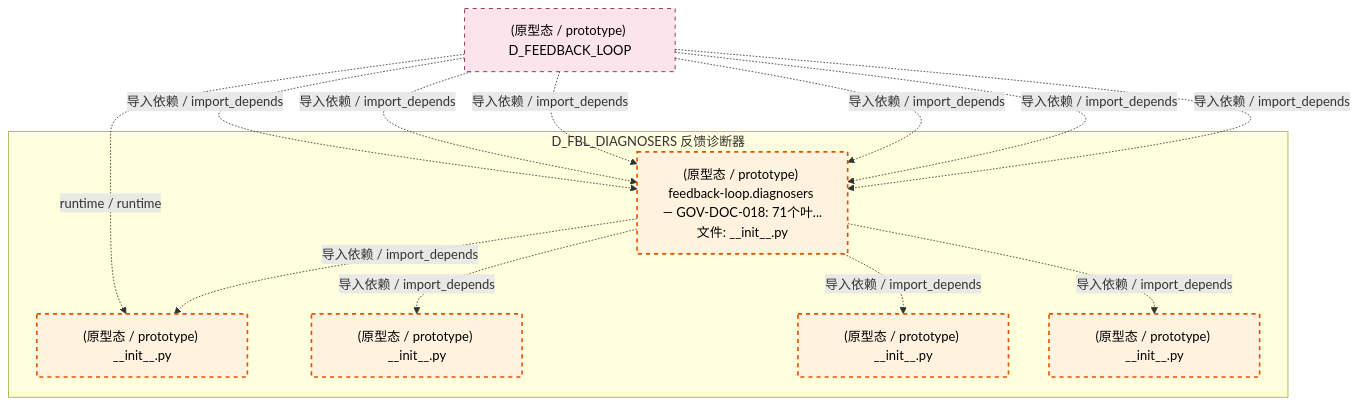
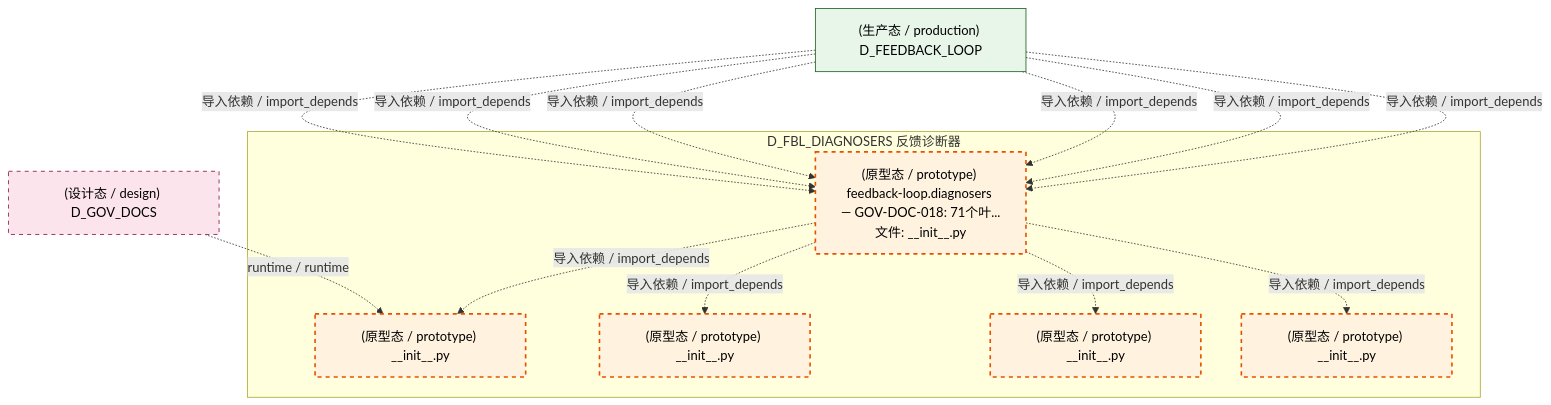
One commit to xuanFelixVan/ZephyrAlpha changed the fifth of 6 diagrams in docs/02_enterprise_architecture/02_domain_architecture_docs/12_d_fbl_diagnosers.md. Above: the diagram before and after it, drawn with Mermaid. The commit also changed other lines of this file and 100 other files, not shown here.

````diff
--- a/docs/02_enterprise_architecture/02_domain_architecture_docs/12_d_fbl_diagnosers.md
+++ b/docs/02_enterprise_architecture/02_domain_architecture_docs/12_d_fbl_diagnosers.md
@@ -372,28 +374,30 @@
 ```mermaid
 graph TD
     subgraph D_FBL_DIAGNOSERS["D_FBL_DIAGNOSERS 反馈诊断器"]
         src_zephyr_feedback_loop_diagnosers_init_py["(原型态 / prototype) feedback-loop.diagnosers — GOV-DOC-018: 71个叶...<br/>文件: __init__.py"]
         src_zephyr_feedback_loop_diagnosers_cognitive_init_py["(原型态 / prototype) __init__.py"]
         src_zephyr_feedback_loop_diagnosers_diagnosis_init_py["(原型态 / prototype) __init__.py"]
         src_zephyr_feedback_loop_diagnosers_health_init_py["(原型态 / prototype) __init__.py"]
         src_zephyr_feedback_loop_diagnosers_reliability_init_py["(原型态 / prototype) __init__.py"]
     end
     src_zephyr_feedback_loop_diagnosers_init_py -.->|导入依赖 / import_depends| src_zephyr_feedback_loop_diagnosers_cognitive_init_py
     src_zephyr_feedback_loop_diagnosers_init_py -.->|导入依赖 / import_depends| src_zephyr_feedback_loop_diagnosers_diagnosis_init_py
     src_zephyr_feedback_loop_diagnosers_init_py -.->|导入依赖 / import_depends| src_zephyr_feedback_loop_diagnosers_health_init_py
     src_zephyr_feedback_loop_diagnosers_init_py -.->|导入依赖 / import_depends| src_zephyr_feedback_loop_diagnosers_reliability_init_py
-    D_FEEDBACK_LOOP["(原型态 / prototype) D_FEEDBACK_LOOP"]
-    D_FEEDBACK_LOOP -.->|runtime / runtime| src_zephyr_feedback_loop_diagnosers_cognitive_init_py
+    D_GOV_DOCS["(设计态 / design) D_GOV_DOCS"]
+    D_GOV_DOCS -.->|runtime / runtime| src_zephyr_feedback_loop_diagnosers_cognitive_init_py
+    D_FEEDBACK_LOOP["(生产态 / production) D_FEEDBACK_LOOP"]
     D_FEEDBACK_LOOP -.->|导入依赖 / import_depends| src_zephyr_feedback_loop_diagnosers_init_py
     D_FEEDBACK_LOOP -.->|导入依赖 / import_depends| src_zephyr_feedback_loop_diagnosers_init_py
     D_FEEDBACK_LOOP -.->|导入依赖 / import_depends| src_zephyr_feedback_loop_diagnosers_init_py
     D_FEEDBACK_LOOP -.->|导入依赖 / import_depends| src_zephyr_feedback_loop_diagnosers_init_py
     D_FEEDBACK_LOOP -.->|导入依赖 / import_depends| src_zephyr_feedback_loop_diagnosers_init_py
     D_FEEDBACK_LOOP -.->|导入依赖 / import_depends| src_zephyr_feedback_loop_diagnosers_init_py
     classDef production fill:#e1f5fe,stroke:#01579b,stroke-width:2px,color:#000
     classDef design fill:#fff3e0,stroke:#e65100,stroke-width:2px,color:#000,stroke-dasharray: 5 5
     classDef external_prod fill:#e8f5e9,stroke:#1b5e20,stroke-width:1px,color:#000
     classDef external_design fill:#fce4ec,stroke:#880e4f,stroke-width:1px,color:#000,stroke-dasharray: 5 5
     class src_zephyr_feedback_loop_diagnosers_init_py,src_zephyr_feedback_loop_diagnosers_cognitive_init_py,src_zephyr_feedback_loop_diagnosers_diagnosis_init_py,src_zephyr_feedback_loop_diagnosers_health_init_py,src_zephyr_feedback_loop_diagnosers_reliability_init_py design
-    class D_FEEDBACK_LOOP external_design
+    class D_FEEDBACK_LOOP external_prod
+    class D_GOV_DOCS external_design
 ```
````
